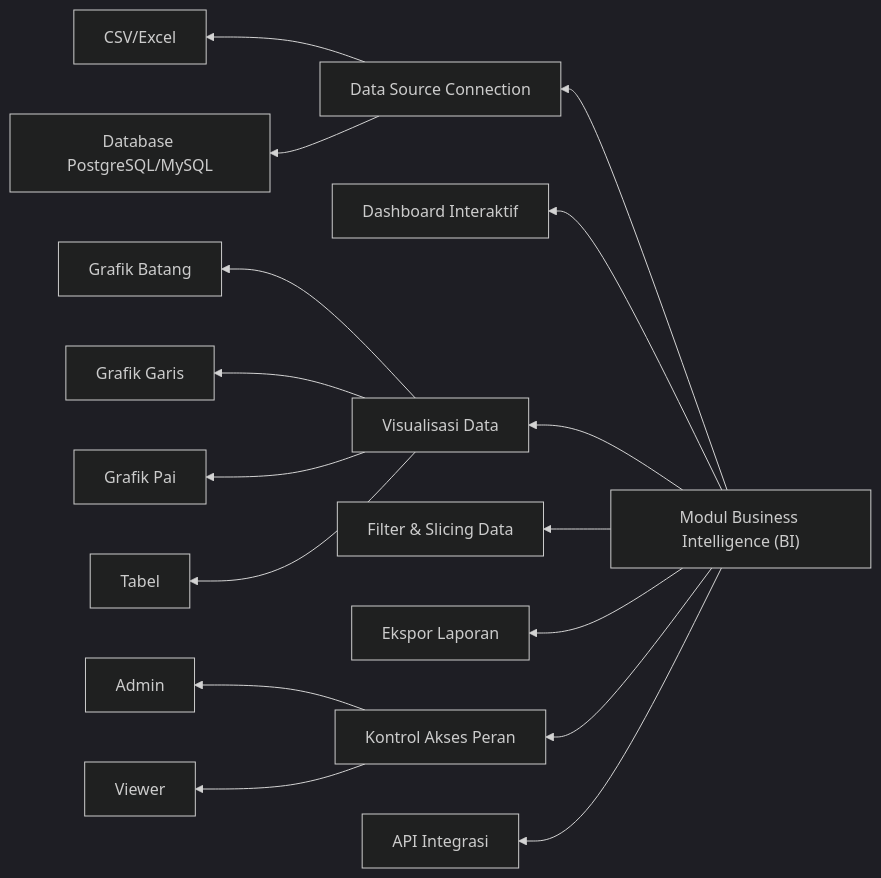
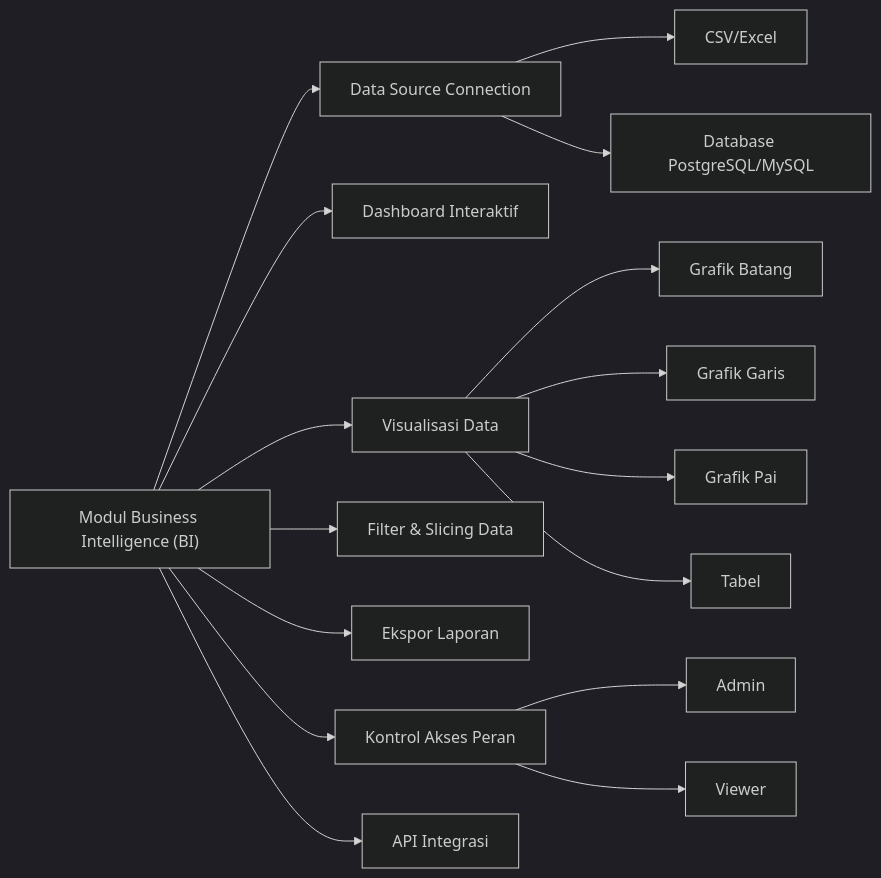
One commit to mrbrightsides/rantai-busi changed the diagram in README.md. Above: the diagram before and after it, drawn with Mermaid (dark theme).

Commit message:
Change graph direction from RL to LR in README

````diff
--- a/README.md
+++ b/README.md
@@ -31,21 +31,21 @@
 ```mermaid
-graph RL
+graph LR
     A["Modul Business Intelligence (BI)"] --> B["Data Source Connection"]
     A --> C["Dashboard Interaktif"]
     A --> D["Visualisasi Data"]
     A --> E["Filter & Slicing Data"]
     A --> F["Ekspor Laporan"]
     A --> G["Kontrol Akses Peran"]
     A --> H["API Integrasi"]
 
     B --> B1["CSV/Excel"]
     B --> B2["Database PostgreSQL/MySQL"]
 
     D --> D1["Grafik Batang"]
     D --> D2["Grafik Garis"]
     D --> D3["Grafik Pai"]
     D --> D4["Tabel"]
 
     G --> G1["Admin"]
     G --> G2["Viewer"]
 ```
````
